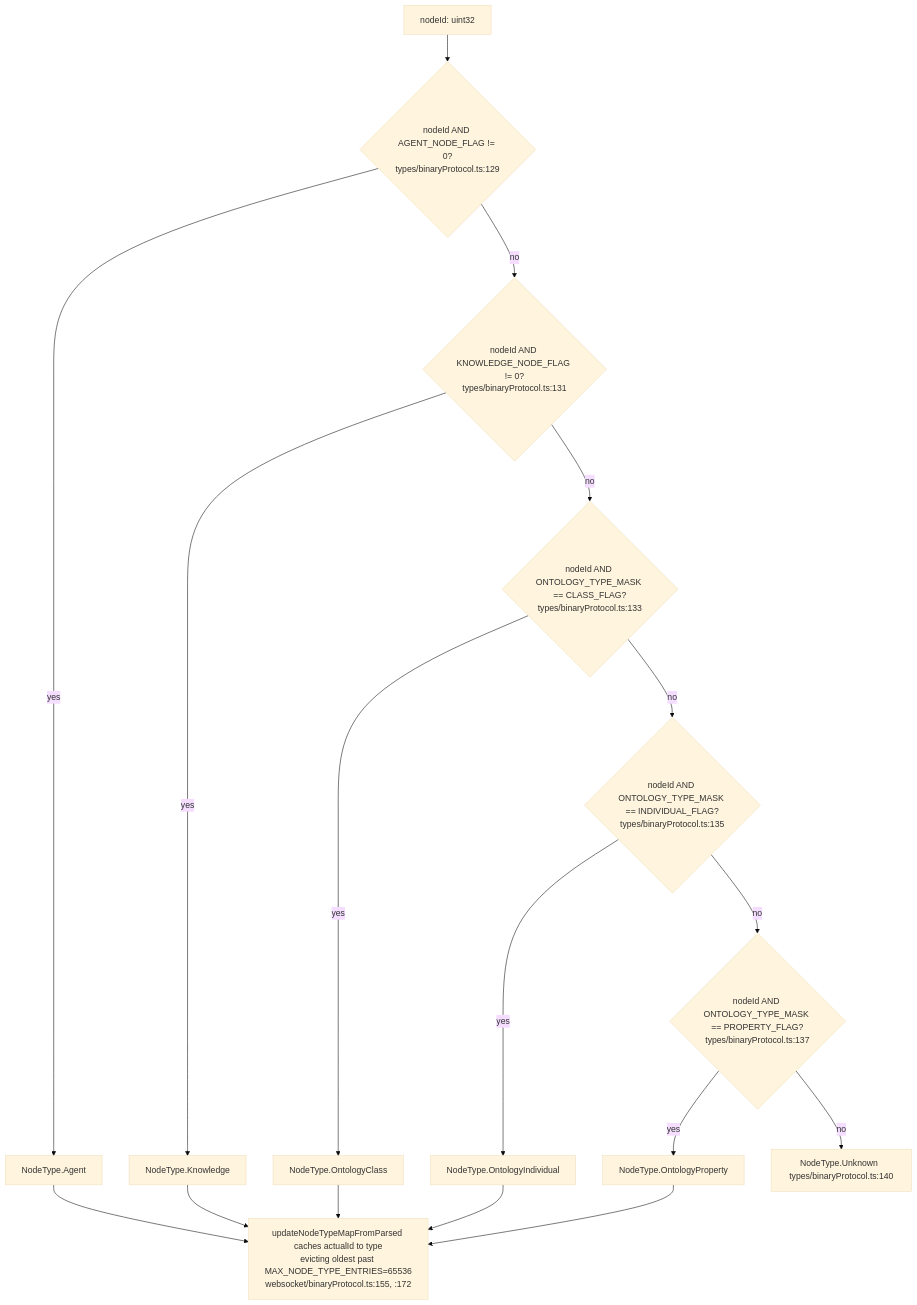
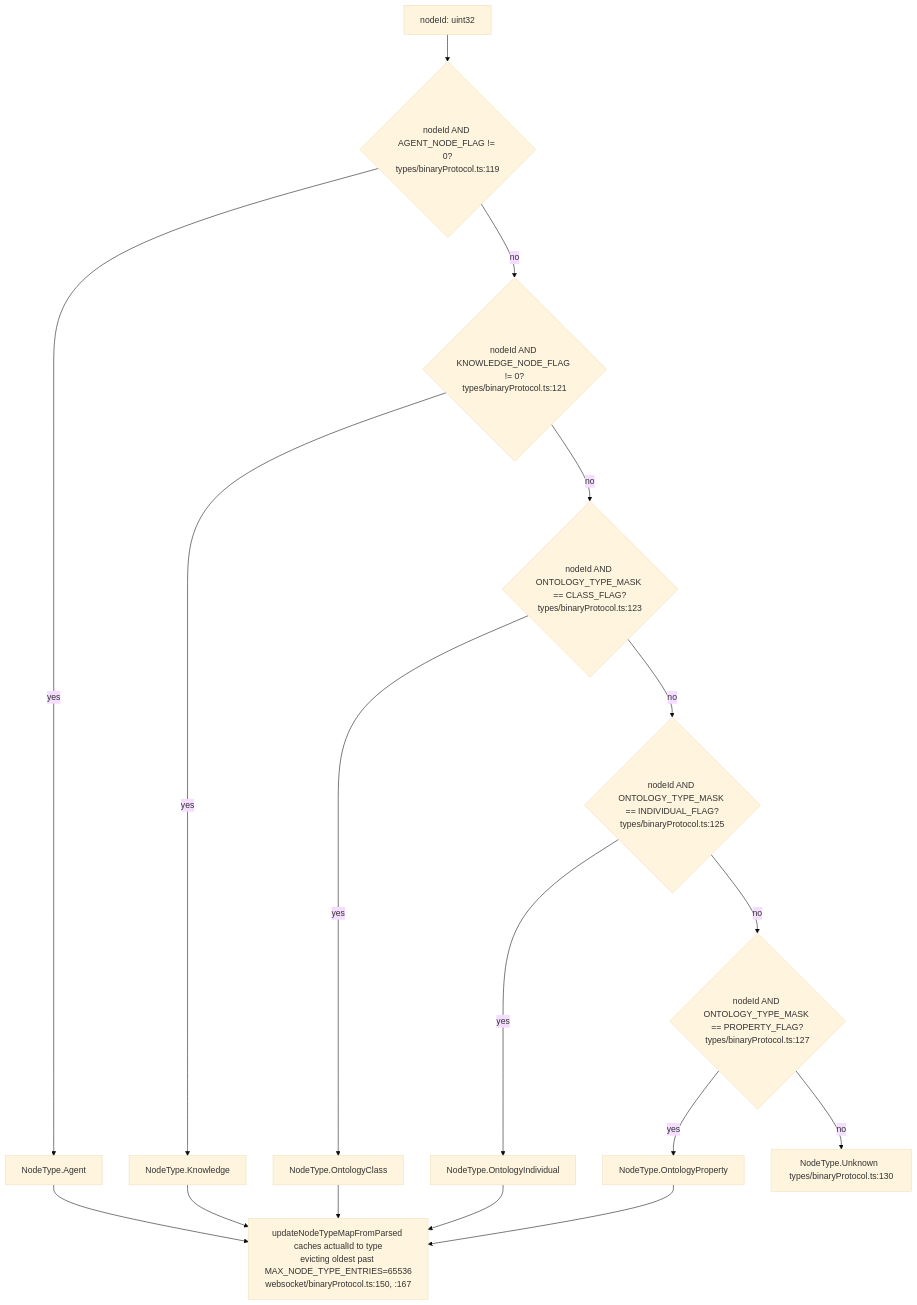
One commit to DreamLab-AI/VisionFlow changed the seventh of 14 diagrams in docs/diagrams/visionclaw/32-client-websocket-and-binary.md. Above: the diagram before and after it, drawn with Mermaid (base theme). The commit also changed other lines of this file and 160 other files, not shown here.

````diff
--- a/docs/diagrams/visionclaw/32-client-websocket-and-binary.md
+++ b/docs/diagrams/visionclaw/32-client-websocket-and-binary.md
@@ -314,19 +312,19 @@
 ```mermaid
 flowchart TD
-    A["nodeId: uint32"] --> B{"nodeId AND AGENT_NODE_FLAG != 0?<br/>types/binaryProtocol.ts:129"}
+    A["nodeId: uint32"] --> B{"nodeId AND AGENT_NODE_FLAG != 0?<br/>types/binaryProtocol.ts:119"}
     B -- yes --> AG["NodeType.Agent"]
-    B -- no --> C{"nodeId AND KNOWLEDGE_NODE_FLAG != 0?<br/>types/binaryProtocol.ts:131"}
+    B -- no --> C{"nodeId AND KNOWLEDGE_NODE_FLAG != 0?<br/>types/binaryProtocol.ts:121"}
     C -- yes --> KN["NodeType.Knowledge"]
-    C -- no --> D{"nodeId AND ONTOLOGY_TYPE_MASK == CLASS_FLAG?<br/>types/binaryProtocol.ts:133"}
+    C -- no --> D{"nodeId AND ONTOLOGY_TYPE_MASK == CLASS_FLAG?<br/>types/binaryProtocol.ts:123"}
     D -- yes --> OC["NodeType.OntologyClass"]
-    D -- no --> E{"nodeId AND ONTOLOGY_TYPE_MASK == INDIVIDUAL_FLAG?<br/>types/binaryProtocol.ts:135"}
+    D -- no --> E{"nodeId AND ONTOLOGY_TYPE_MASK == INDIVIDUAL_FLAG?<br/>types/binaryProtocol.ts:125"}
     E -- yes --> OI["NodeType.OntologyIndividual"]
-    E -- no --> F{"nodeId AND ONTOLOGY_TYPE_MASK == PROPERTY_FLAG?<br/>types/binaryProtocol.ts:137"}
+    E -- no --> F{"nodeId AND ONTOLOGY_TYPE_MASK == PROPERTY_FLAG?<br/>types/binaryProtocol.ts:127"}
     F -- yes --> OP["NodeType.OntologyProperty"]
-    F -- no --> UN["NodeType.Unknown  types/binaryProtocol.ts:140"]
-    AG --> G["updateNodeTypeMapFromParsed caches actualId to type<br/>evicting oldest past MAX_NODE_TYPE_ENTRIES=65536<br/>websocket/binaryProtocol.ts:155, :172"]
+    F -- no --> UN["NodeType.Unknown  types/binaryProtocol.ts:130"]
+    AG --> G["updateNodeTypeMapFromParsed caches actualId to type<br/>evicting oldest past MAX_NODE_TYPE_ENTRIES=65536<br/>websocket/binaryProtocol.ts:150, :167"]
     KN --> G
     OC --> G
     OI --> G
     OP --> G
 ```
````
